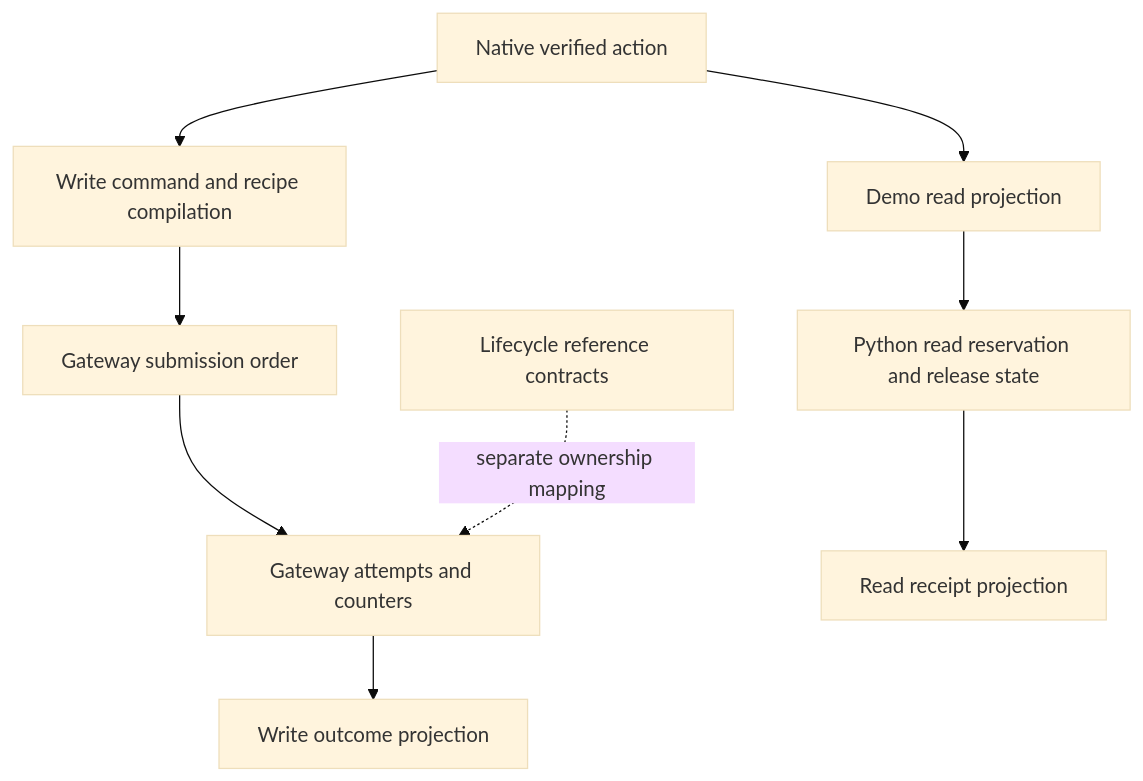
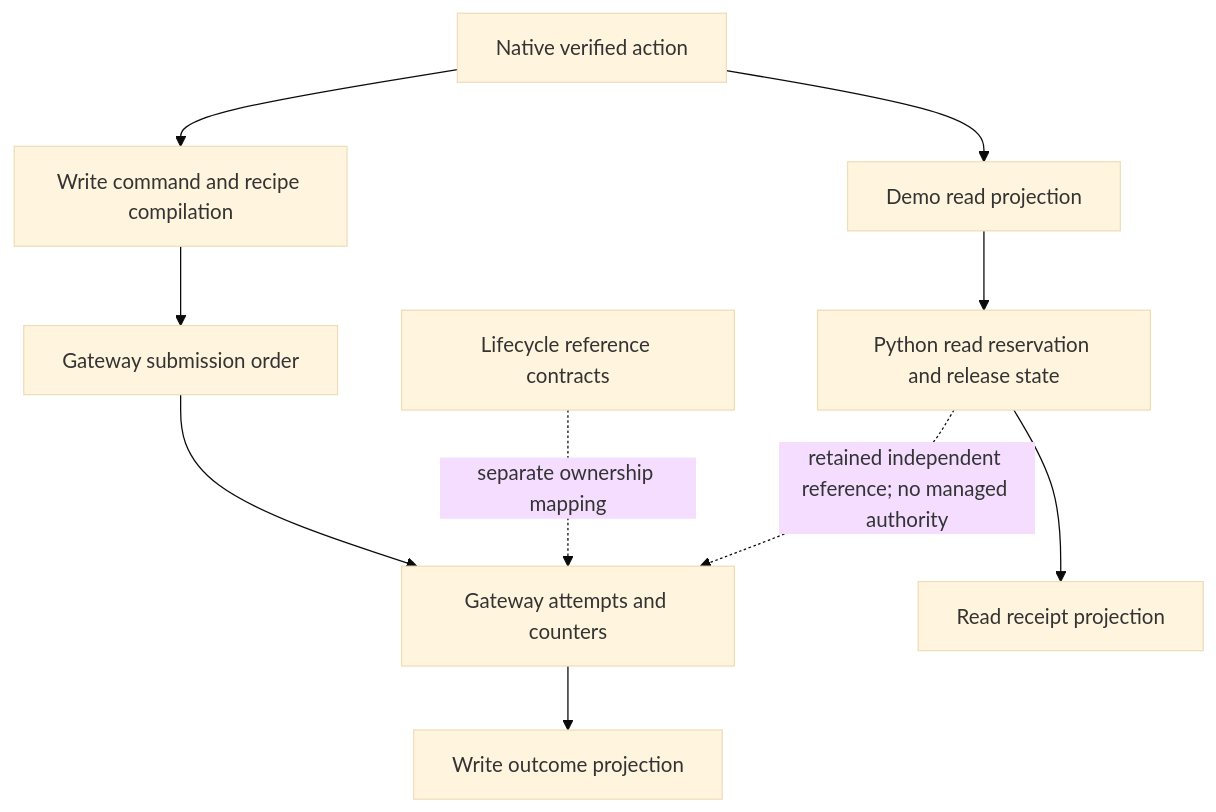
Before and after one commit to auths-dev/auths-proof: the first of 3 diagrams in docs/specs/0074-bound-effects-and-recovery-state-machine.md, drawn with Mermaid (base theme). The commit also changed other lines of this file and 4 other files, not shown here.

Commit message:
docs(spec): retain AP070 as an independent application reference

````diff
--- a/docs/specs/0074-bound-effects-and-recovery-state-machine.md
+++ b/docs/specs/0074-bound-effects-and-recovery-state-machine.md
@@ -44,11 +74,12 @@
 ```mermaid
 flowchart TB
     N[Native verified action] --> W[Write command and recipe compilation]
     W --> O[Gateway submission order]
     O --> J[Gateway attempts and counters]
     N --> D[Demo read projection]
     D --> S[Python read reservation and release state]
     J --> WR[Write outcome projection]
     S --> RR[Read receipt projection]
     L[Lifecycle reference contracts] -. separate ownership mapping .-> J
+    S -. retained independent reference; no managed authority .-> J
 ```
````
